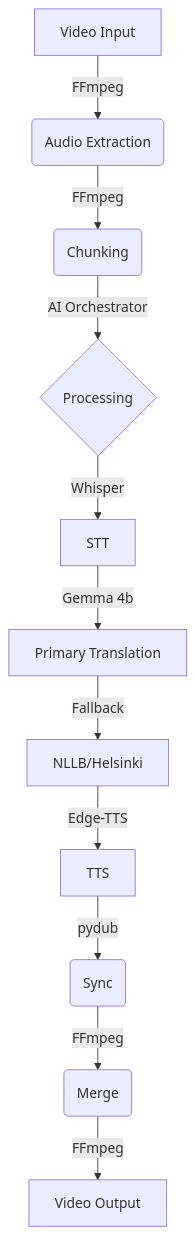
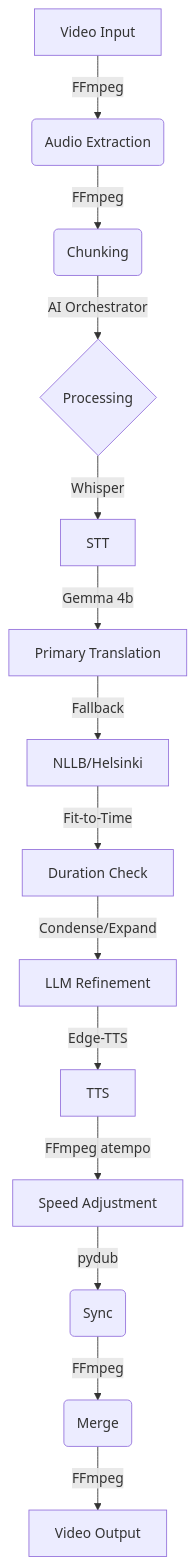
The diagram in README.md (LUNARTECH-X/octavia), drawn with Mermaid before and after one commit. The commit also changed other lines of this file and 3 other files, not shown here.

First line of the commit message:
feat: add dynamic speed adjustment for frame-accurate lip-sync

````diff
--- a/README.md
+++ b/README.md
@@ -124,13 +125,16 @@
 ```mermaid
 graph TD
   A[Video Input] -->|FFmpeg| B(Audio Extraction)
   B -->|FFmpeg| C(Chunking)
   C -->|AI Orchestrator| D{Processing}
   D -->|Whisper| E[STT]
   E -->|Gemma 4b| F[Primary Translation]
   F -->|Fallback| G[NLLB/Helsinki]
-  G -->|Edge-TTS| H[TTS]
-  H -->|pydub| I(Sync)
-  I -->|FFmpeg| J(Merge)
-  J -->|FFmpeg| K[Video Output]
+  G -->|Fit-to-Time| H[Duration Check]
+  H -->|Condense/Expand| I[LLM Refinement]
+  I -->|Edge-TTS| J[TTS]
+  J -->|FFmpeg atempo| K[Speed Adjustment]
+  K -->|pydub| L(Sync)
+  L -->|FFmpeg| M(Merge)
+  M -->|FFmpeg| N[Video Output]
 ```
````
